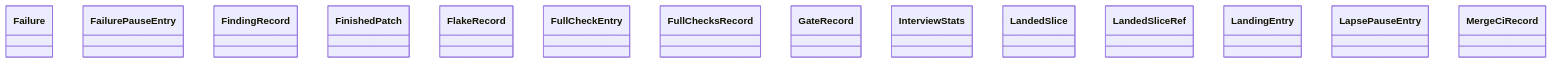
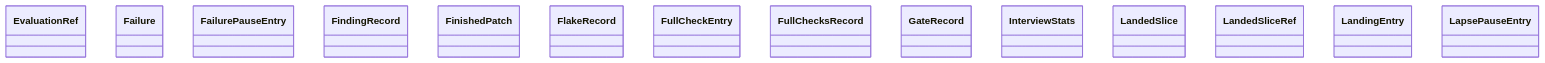
One commit to GonzaloZevallos/agentic-system changed the diagram in docs/architecture/generated/classes-process-domain-state-4.md. Above: the diagram before and after it, drawn with Mermaid. The commit also changed other lines of this file and 3 other files, not shown here.

Commit message:
Regenerate the architecture docs for the CiCancelRerun fact

````diff
--- a/docs/architecture/generated/classes-process-domain-state-4.md
+++ b/docs/architecture/generated/classes-process-domain-state-4.md
@@ -23,17 +23,17 @@
 ```mermaid
 classDiagram
+    class task__EvaluationRef["EvaluationRef"]
     class task__Failure["Failure"]
     class task__FailurePauseEntry["FailurePauseEntry"]
     class task__FindingRecord["FindingRecord"]
     class task__FinishedPatch["FinishedPatch"]
     class task__FlakeRecord["FlakeRecord"]
     class task__FullCheckEntry["FullCheckEntry"]
     class task__FullChecksRecord["FullChecksRecord"]
     class task__GateRecord["GateRecord"]
     class task__InterviewStats["InterviewStats"]
     class task__LandedSlice["LandedSlice"]
     class task__LandedSliceRef["LandedSliceRef"]
     class task__LandingEntry["LandingEntry"]
     class task__LapsePauseEntry["LapsePauseEntry"]
-    class task__MergeCiRecord["MergeCiRecord"]
 ```
````
